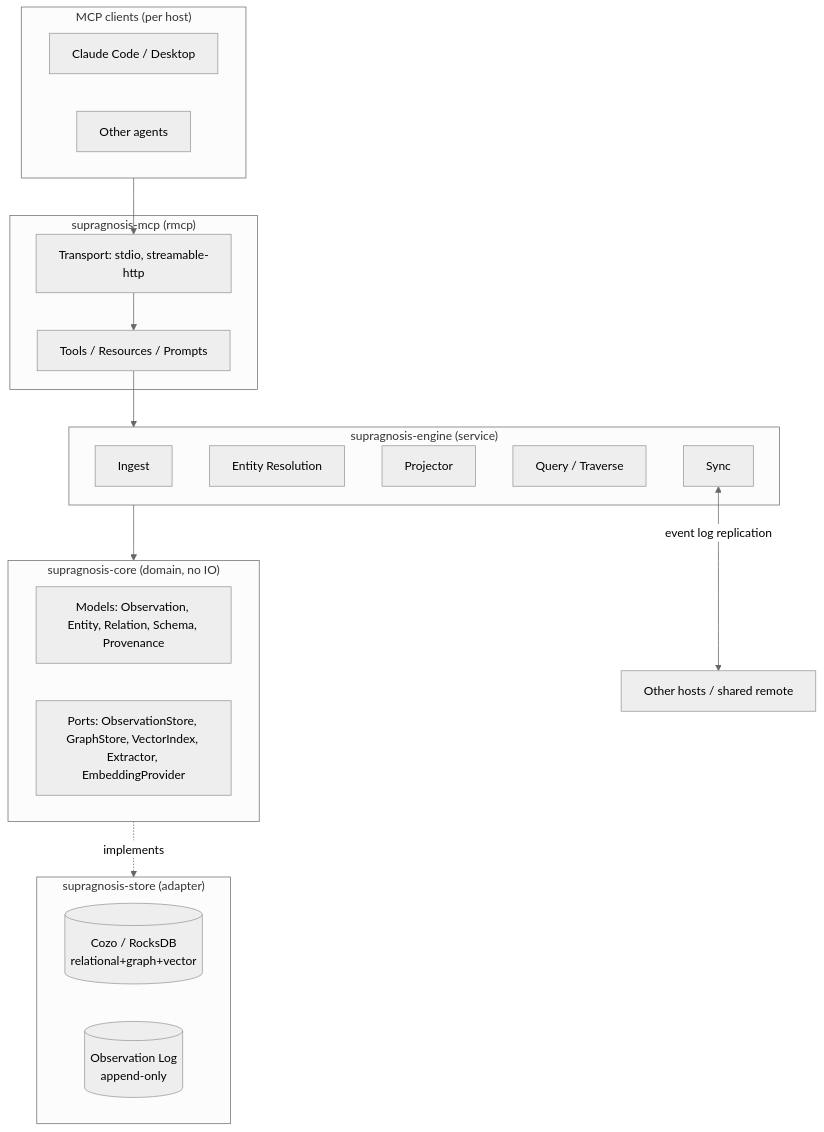
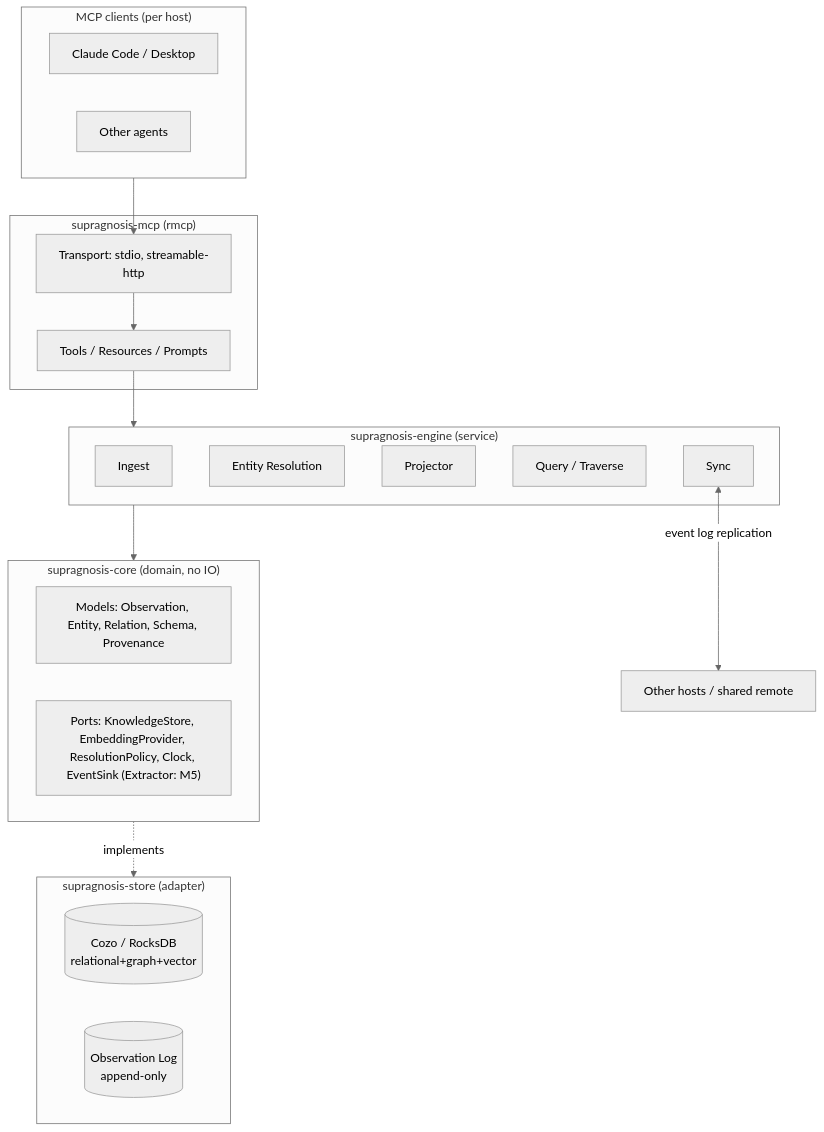
Before and after one commit to Ashon/supragnosis: the first of 3 diagrams in docs/architecture.md, drawn with Mermaid (neutral theme). The commit also changed other lines of this file and 6 other files, not shown here.

````diff
--- a/docs/architecture.md
+++ b/docs/architecture.md
@@ -99,30 +97,30 @@
 ```mermaid
 flowchart TB
     subgraph Clients["MCP clients (per host)"]
         C1["Claude Code / Desktop"]
         C2["Other agents"]
     end
     subgraph MCP["supragnosis-mcp (rmcp)"]
         T["Tools / Resources / Prompts"]
         TR["Transport: stdio, streamable-http"]
     end
     subgraph Engine["supragnosis-engine (service)"]
         ING["Ingest"]
         RES["Entity Resolution"]
         PRJ["Projector"]
         QRY["Query / Traverse"]
         SYN["Sync"]
     end
     subgraph Core["supragnosis-core (domain, no IO)"]
         M["Models: Observation, Entity, Relation, Schema, Provenance"]
-        P["Ports: ObservationStore, GraphStore, VectorIndex, Extractor, EmbeddingProvider"]
+        P["Ports: KnowledgeStore, EmbeddingProvider, ResolutionPolicy, Clock, EventSink (Extractor: M5)"]
     end
     subgraph Store["supragnosis-store (adapter)"]
         DB[("Cozo / RocksDB\nrelational+graph+vector")]
         LOG[("Observation Log\nappend-only")]
     end
     Clients --> TR --> T --> Engine
     Engine --> Core
     Core -. implements .-> Store
     SYN <-->|"event log replication"| Peers["Other hosts / shared remote"]
 ```
````
